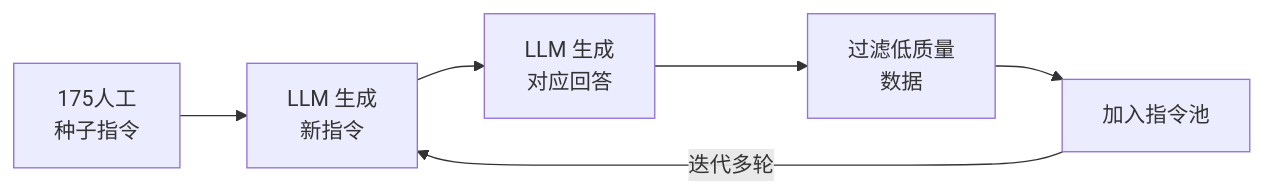
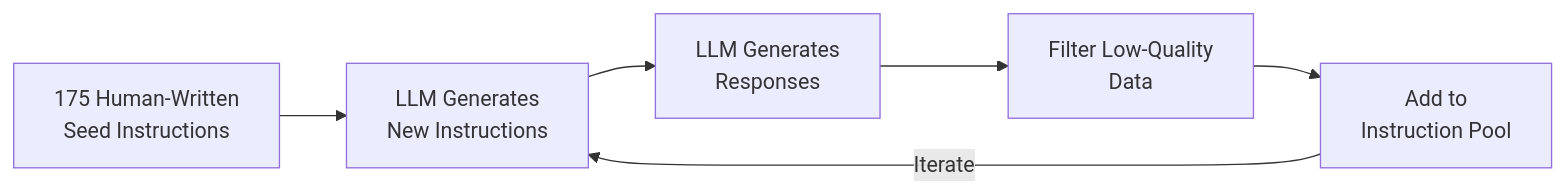
One commit to fenixsoft/dmla changed the first of 2 diagrams in docs/en/language-models/pretraining/supervised-finetuning.md. Above: the diagram before and after it, drawn with Mermaid. The commit also changed other lines of this file and 1 other file, not shown here.

Commit message:
feat: 校审 distributed-training — 全部校验通过

````diff
--- a/docs/en/language-models/pretraining/supervised-finetuning.md
+++ b/docs/en/language-models/pretraining/supervised-finetuning.md
@@ -55,8 +55,8 @@
 ```mermaid compact
 graph LR
-    A["175人工<br/>种子指令"] --> B["LLM 生成<br/>新指令"]
-    B --> C["LLM 生成<br/>对应回答"]
-    C --> D["过滤低质量<br/>数据"]
-    D --> E["加入指令池"]
-    E -->|"迭代多轮"| B
+    A["175 Human-Written<br/>Seed Instructions"] --> B["LLM Generates<br/>New Instructions"]
+    B --> C["LLM Generates<br/>Responses"]
+    C --> D["Filter Low-Quality<br/>Data"]
+    D --> E["Add to<br/>Instruction Pool"]
+    E -->|"Iterate"| B
 ```
````
